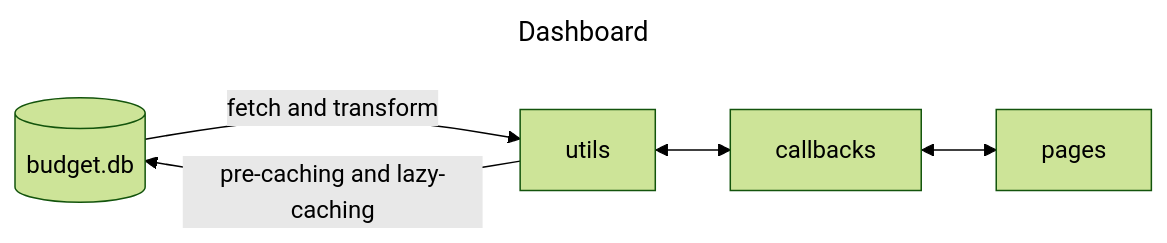
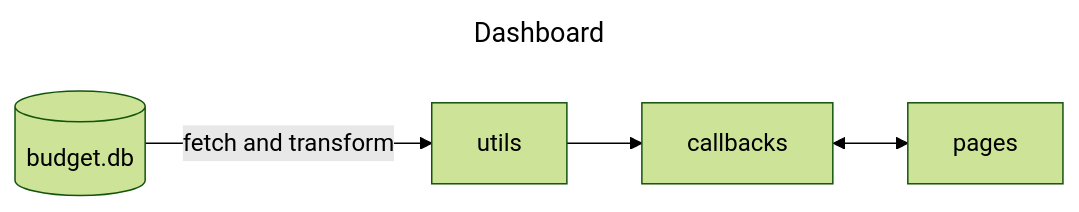
One commit to swp-berlin/ru_budget_tracker changed the second of 4 diagrams in README.md. Above: the diagram before and after it, drawn with Mermaid (forest theme).

Commit message:
Updated Structure doagram in README

````diff
--- a/README.md
+++ b/README.md
@@ -55,10 +55,10 @@
 ```mermaid
 ---
 title: Dashboard
 ---
 flowchart LR
 DB[(budget.db)]
 UTILS[utils]
-DB -->|fetch and transform| UTILS -->|pre-caching and lazy-caching| DB
-UTILS <--> CTRL[callbacks] <--> V[pages]
+DB -->|fetch and transform| UTILS
+UTILS --> CTRL[callbacks] <--> V[pages]
 ```
````
